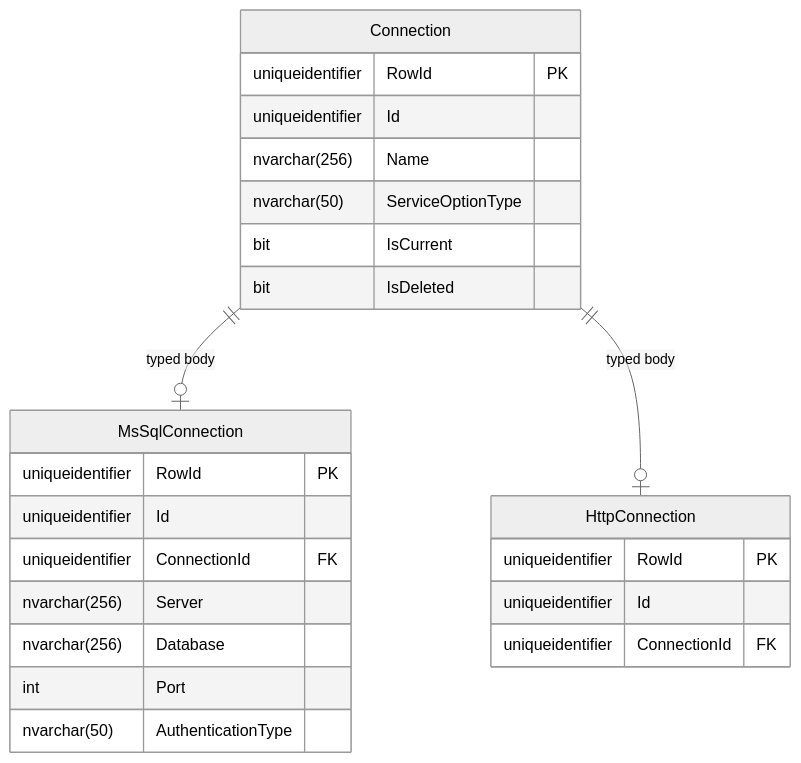
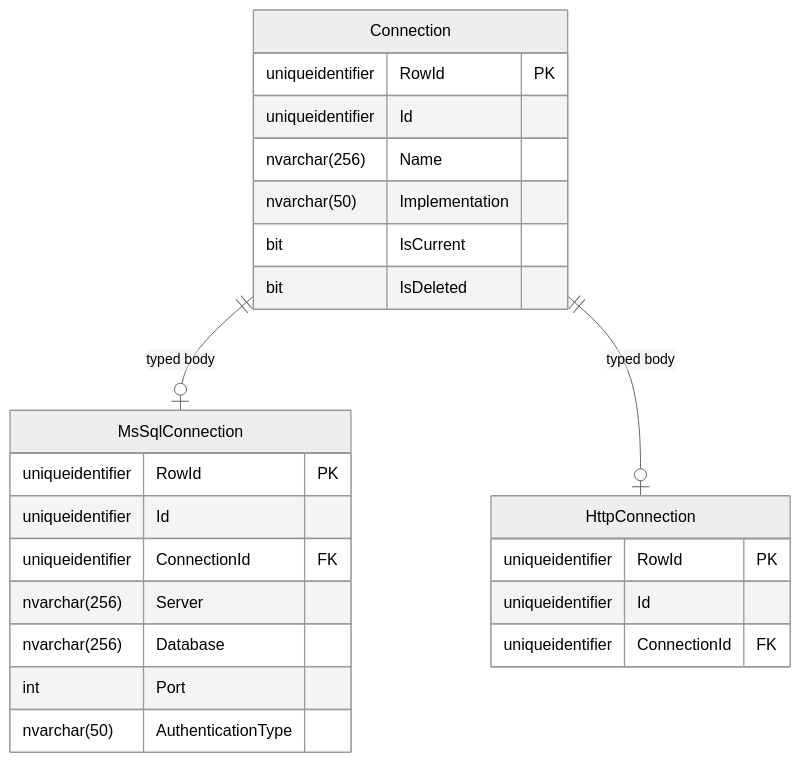
One commit to CyberdyneDevelopment/FractalDataWorks changed the fourth of 5 diagrams in wiki/03-01-ManagedConfiguration.md. Above: the diagram before and after it, drawn with Mermaid (neutral theme). The commit also changed other lines of this file and 185 other files, not shown here.

First line of the commit message:
FDW-727: ServiceOptionType is gone, and a bodiless domain row is refused again

````diff
--- a/wiki/03-01-ManagedConfiguration.md
+++ b/wiki/03-01-ManagedConfiguration.md
@@ -136,30 +136,30 @@
 ```mermaid
 erDiagram
     Connection {
         uniqueidentifier RowId PK
         uniqueidentifier Id
         nvarchar(256) Name
-        nvarchar(50) ServiceOptionType
+        nvarchar(50) Implementation
         bit IsCurrent
         bit IsDeleted
     }
 
     MsSqlConnection {
         uniqueidentifier RowId PK
         uniqueidentifier Id
         uniqueidentifier ConnectionId FK
         nvarchar(256) Server
         nvarchar(256) Database
         int Port
         nvarchar(50) AuthenticationType
     }
 
     HttpConnection {
         uniqueidentifier RowId PK
         uniqueidentifier Id
         uniqueidentifier ConnectionId FK
     }
 
     Connection ||--o| MsSqlConnection : "typed body"
     Connection ||--o| HttpConnection : "typed body"
 ```
````
